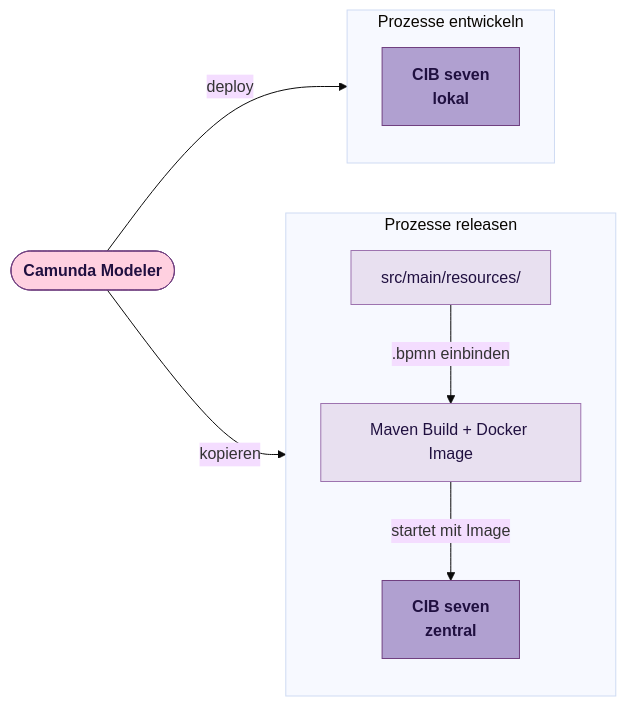
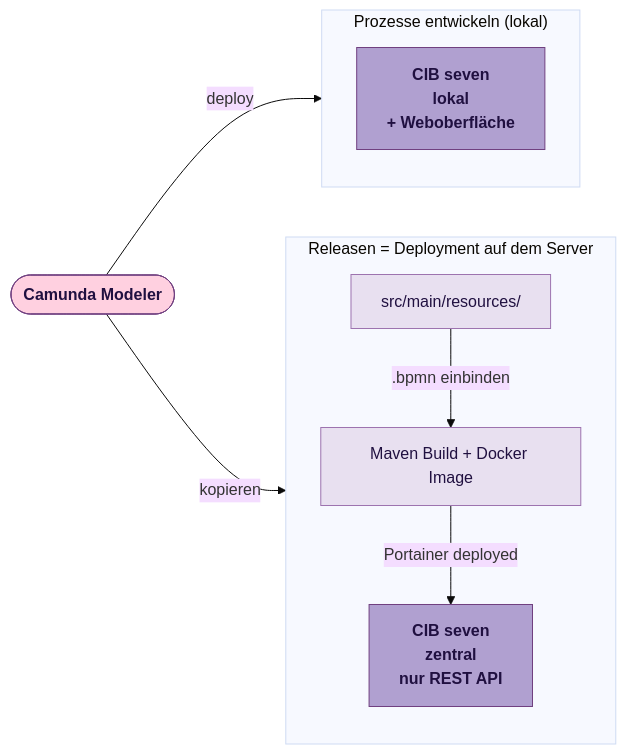
One commit to d135-1r43/winfprojekt changed the diagram in docs/technik/cibseven.md. Above: the diagram before and after it, drawn with Mermaid (base theme). The commit also changed other lines of this file, not shown here.

Commit message:
📝 docs: CIB seven – Release als Deployment und fehlendes Webinterface klargestellt

````diff
--- a/docs/technik/cibseven.md
+++ b/docs/technik/cibseven.md
@@ -9,27 +9,27 @@
 ```mermaid
 flowchart LR
     Modeler(["Camunda Modeler"])
 
-    subgraph A["Prozesse entwickeln"]
-        EngineA["CIB seven\nlokal"]
+    subgraph A["Prozesse entwickeln (lokal)"]
+        EngineA["CIB seven\nlokal\n+ Weboberfläche"]
     end
 
-    subgraph B["Prozesse releasen"]
+    subgraph B["Releasen = Deployment auf dem Server"]
         direction TB
         Resources["src/main/resources/"]
         Build["Maven Build + Docker Image"]
-        EngineB["CIB seven\nzentral"]
-        Resources -->|".bpmn einbinden"| Build -->|"startet mit Image"| EngineB
+        EngineB["CIB seven\nzentral\nnur REST API"]
+        Resources -->|".bpmn einbinden"| Build -->|"Portainer deployed"| EngineB
     end
 
     Modeler -->|"deploy"| A
     Modeler -->|"kopieren"| B
 
     classDef engine fill:#b0a0d0,stroke:#704080,color:#201040,font-weight:bold
     classDef tool fill:#ffd0e0,stroke:#704080,color:#201040,font-weight:bold
     classDef artifact fill:#e8e0f0,stroke:#9d73af,color:#201040
 
     class EngineA,EngineB engine
     class Modeler tool
     class Resources,Build artifact
 ```
````
